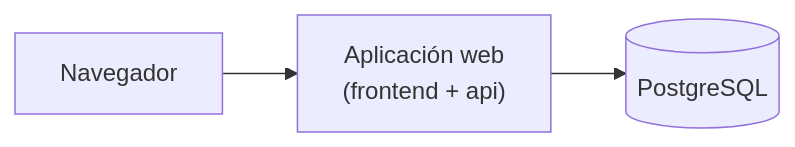
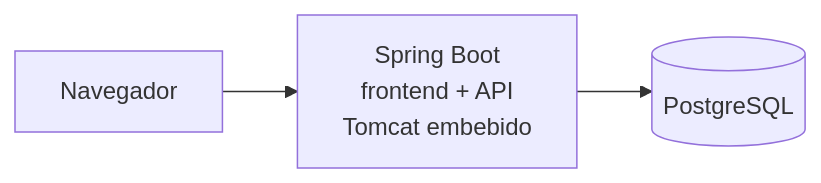
One commit to alejandroroig/despliegue-daw changed the first of 2 diagrams in docs/tema2/docker-compose.md. Above: the diagram before and after it, drawn with Mermaid. The commit also changed other lines of this file and 36 other files, not shown here.

````diff
--- a/docs/tema2/docker-compose.md
+++ b/docs/tema2/docker-compose.md
@@ -12,5 +12,5 @@
 ```mermaid
 flowchart LR
-    N["Navegador"] --> A["Aplicación web<br/>(frontend + api)"]
+    N["Navegador"] --> A["Spring Boot<br/>frontend + API<br/>Tomcat embebido"]
     A --> D[("PostgreSQL")]
 ```
````
